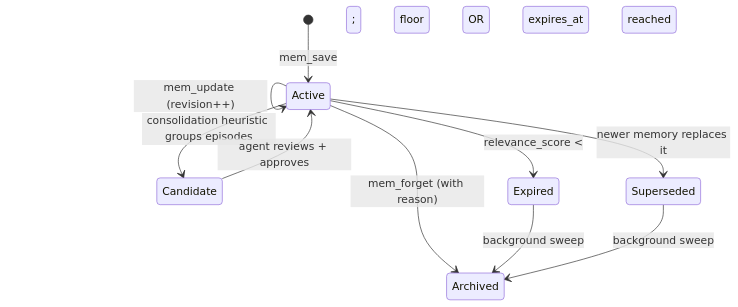
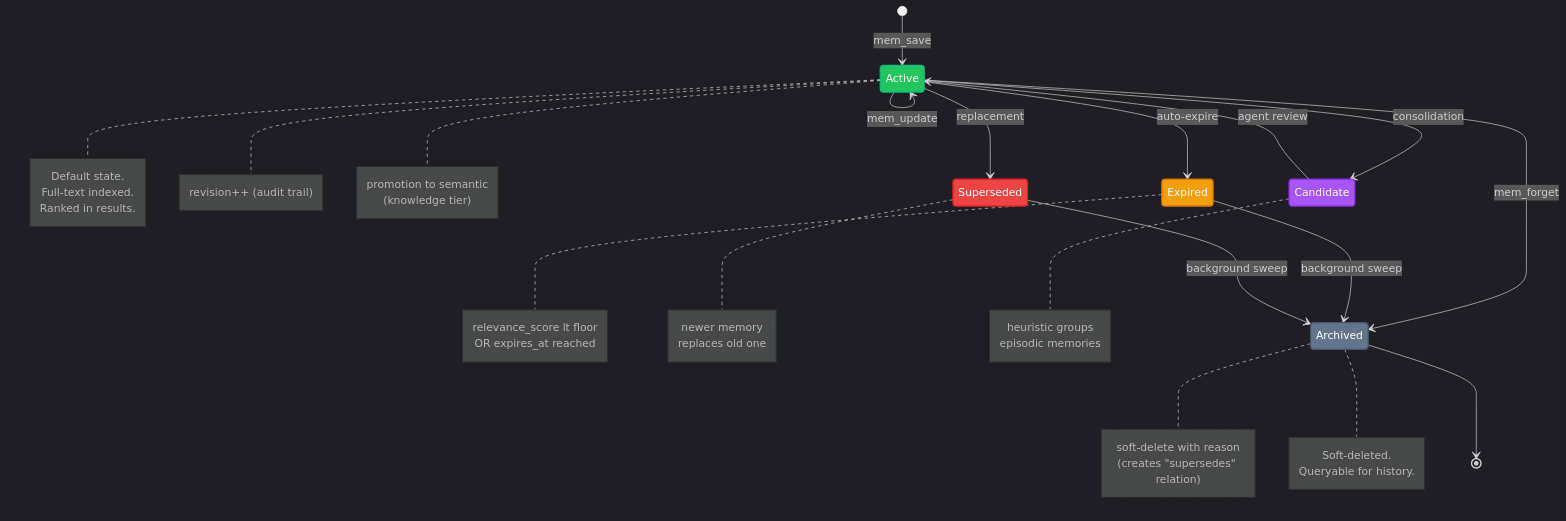
Before and after one commit to ashwnn/ohara: the third of 3 diagrams in README.md, drawn with Mermaid. The commit also changed other lines of this file, not shown here.

Commit message:
docs: enhance README diagrams with colors and explanations, remove emojis

````diff
--- a/README.md
+++ b/README.md
@@ -95,12 +124,48 @@
 ```mermaid
+%%{init: {'theme': 'dark', 'themeVariables': { 'primaryColor': '#6366f1'}}}%%
 stateDiagram-v2
     [*] --> Active: mem_save
-    Active --> Active: mem_update (revision++)
-    Active --> Expired: relevance_score &lt; floor OR expires_at reached
-    Active --> Archived: mem_forget (with reason)
-    Active --> Superseded: newer memory replaces it
-    Active --> Candidate: consolidation heuristic groups episodes
-    Candidate --> Active: agent reviews + approves
+    
+    note right of Active
+        Default state.
+        Full-text indexed.
+        Ranked in results.
+    end note
+
+    Active --> Active: mem_update
+    note right of Active: revision++ (audit trail)
+
+    Active --> Expired: auto-expire
+    note right of Expired: relevance_score lt floor<br/>OR expires_at reached
+
+    Active --> Archived: mem_forget
+    note right of Archived: soft-delete with reason<br/>(creates "supersedes" relation)
+
+    Active --> Superseded: replacement
+    note right of Superseded: newer memory<br/>replaces old one
+
+    Active --> Candidate: consolidation
+    note right of Candidate: heuristic groups<br/>episodic memories
+
+    Candidate --> Active: agent review
+    note right of Active: promotion to semantic<br/>(knowledge tier)
+
     Expired --> Archived: background sweep
     Superseded --> Archived: background sweep
+
+    Archived --> [*]
+    note right of Archived: Soft-deleted.<br/>Queryable for history.
+
+    %% Styles
+    classDef active fill:#22c55e,stroke:#10b981,stroke-width:2px,color:#fff
+    classDef expired fill:#f59e0b,stroke:#d97706,stroke-width:2px,color:#fff
+    classDef archived fill:#64748b,stroke:#475569,stroke-width:2px,color:#fff
+    classDef candidate fill:#a855f7,stroke:#9333ea,stroke-width:2px,color:#fff
+    classDef superseded fill:#ef4444,stroke:#dc2626,stroke-width:2px,color:#fff
+
+    class Active active
+    class Expired expired
+    class Archived archived
+    class Candidate candidate
+    class Superseded superseded
 ```
````
